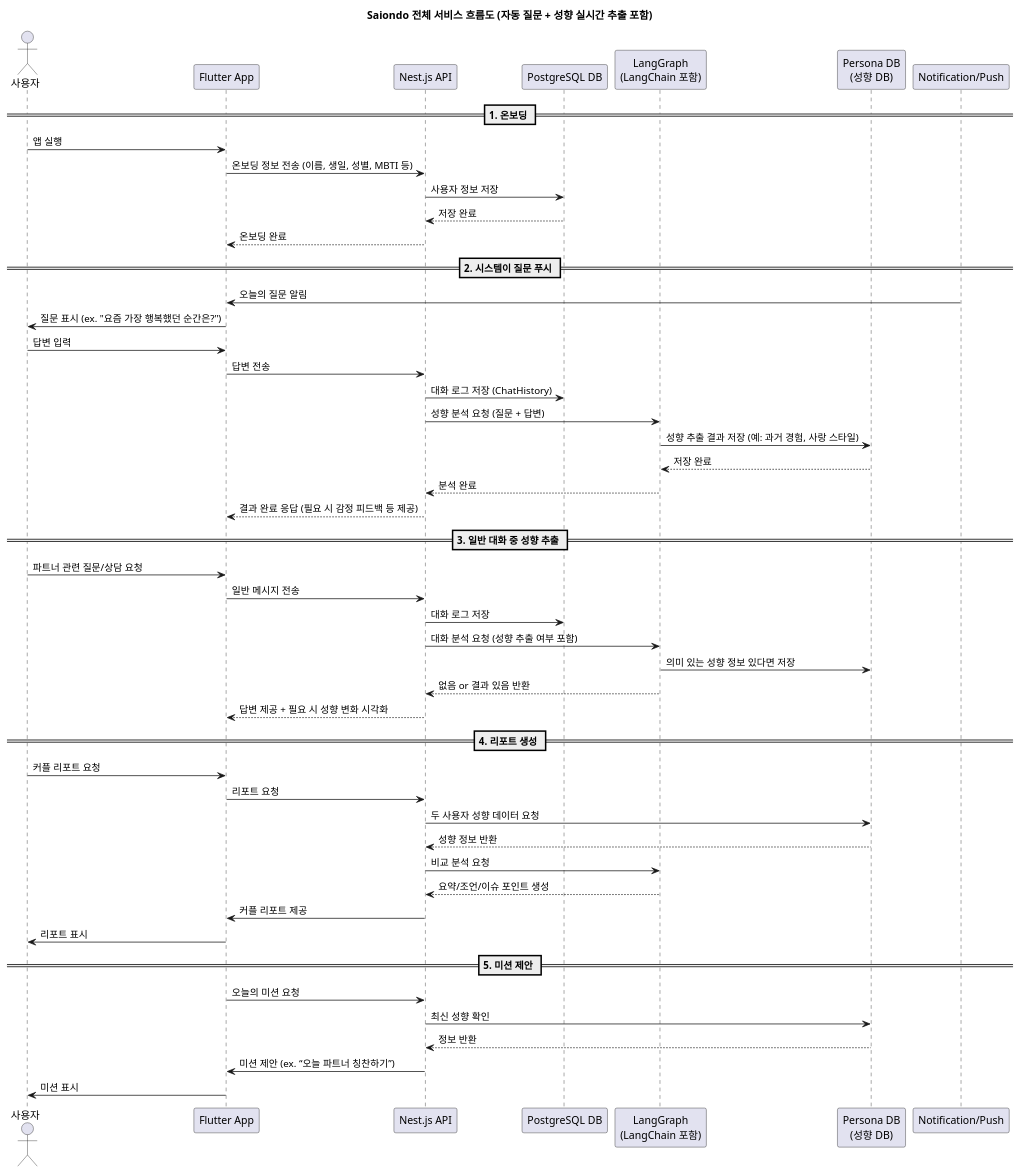
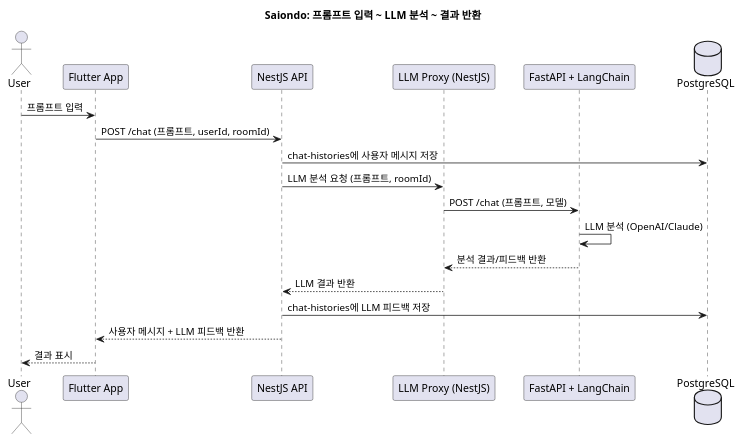
Before and after one commit to aw-birdgang/saiondo: the diagram in puml/sequence-saiondo.puml, drawn with PlantUML. The commit also changed 4 other files, not shown here.

Commit message:
[puml] added component, sequence diagram

```diff
--- a/puml/sequence-saiondo.puml
+++ b/puml/sequence-saiondo.puml
@@ -1,63 +1,23 @@
 @startuml
-title Saiondo 전체 서비스 흐름도 (자동 질문 + 성향 실시간 추출 포함)
+title Saiondo: 프롬프트 입력 ~ LLM 분석 ~ 결과 반환
 
-actor 사용자 as User
+actor User
 participant "Flutter App" as App
-participant "Nest.js API" as API
-participant "PostgreSQL DB" as DB
-participant "LangGraph\n(LangChain 포함)" as LLM
-participant "Persona DB\n(성향 DB)" as PersonaDB
-participant "Notification/Push" as Push
+participant "NestJS API" as API
+participant "LLM Proxy (NestJS)" as Proxy
+participant "FastAPI + LangChain" as LLM
+database "PostgreSQL" as DB
 
-== 1. 온보딩 ==
-User -> App : 앱 실행
-App -> API : 온보딩 정보 전송 (이름, 생일, 성별, MBTI 등)
-API -> DB : 사용자 정보 저장
-DB --> API : 저장 완료
-API --> App : 온보딩 완료
-
-== 2. 시스템이 질문 푸시 ==
-Push -> App : 오늘의 질문 알림
-App -> User : 질문 표시 (ex. "요즘 가장 행복했던 순간은?")
-User -> App : 답변 입력
-App -> API : 답변 전송
-
-API -> DB : 대화 로그 저장 (ChatHistory)
-API -> LLM : 성향 분석 요청 (질문 + 답변)
-
-LLM -> PersonaDB : 성향 추출 결과 저장 (예: 과거 경험, 사랑 스타일)
-PersonaDB --> LLM : 저장 완료
-LLM --> API : 분석 완료
-
-API --> App : 결과 완료 응답 (필요 시 감정 피드백 등 제공)
-
-== 3. 일반 대화 중 성향 추출 ==
-User -> App : 파트너 관련 질문/상담 요청
-App -> API : 일반 메시지 전송
-API -> DB : 대화 로그 저장
-API -> LLM : 대화 분석 요청 (성향 추출 여부 포함)
-
-LLM -> PersonaDB : 의미 있는 성향 정보 있다면 저장
-LLM --> API : 없음 or 결과 있음 반환
-
-API --> App : 답변 제공 + 필요 시 성향 변화 시각화
-
-== 4. 리포트 생성 ==
-User -> App : 커플 리포트 요청
-App -> API : 리포트 요청
-API -> PersonaDB : 두 사용자 성향 데이터 요청
-PersonaDB --> API : 성향 정보 반환
-
-API -> LLM : 비교 분석 요청
-LLM --> API : 요약/조언/이슈 포인트 생성
-API -> App : 커플 리포트 제공
-App -> User : 리포트 표시
-
-== 5. 미션 제안 ==
-App -> API : 오늘의 미션 요청
-API -> PersonaDB : 최신 성향 확인
-PersonaDB --> API : 정보 반환
-API -> App : 미션 제안 (ex. “오늘 파트너 칭찬하기”)
-App -> User : 미션 표시
+User -> App : 프롬프트 입력
+App -> API : POST /chat (프롬프트, userId, roomId)
+API -> DB : chat-histories에 사용자 메시지 저장
+API -> Proxy : LLM 분석 요청 (프롬프트, roomId)
+Proxy -> LLM : POST /chat (프롬프트, 모델)
+LLM -> LLM : LLM 분석 (OpenAI/Claude)
+LLM --> Proxy : 분석 결과/피드백 반환
+Proxy --> API : LLM 결과 반환
+API -> DB : chat-histories에 LLM 피드백 저장
+API --> App : 사용자 메시지 + LLM 피드백 반환
+App --> User : 결과 표시
 
 @enduml
```
